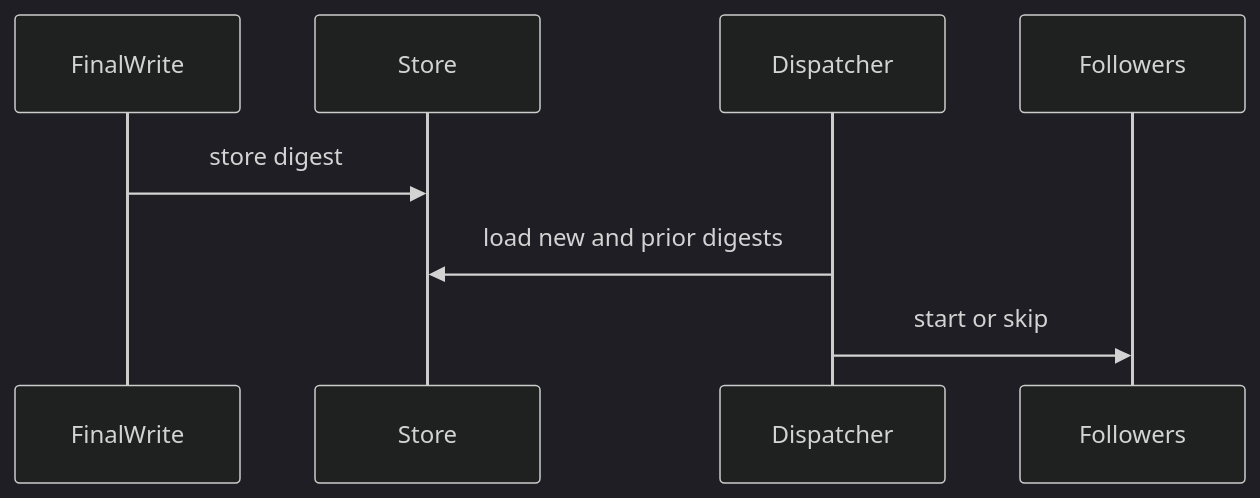
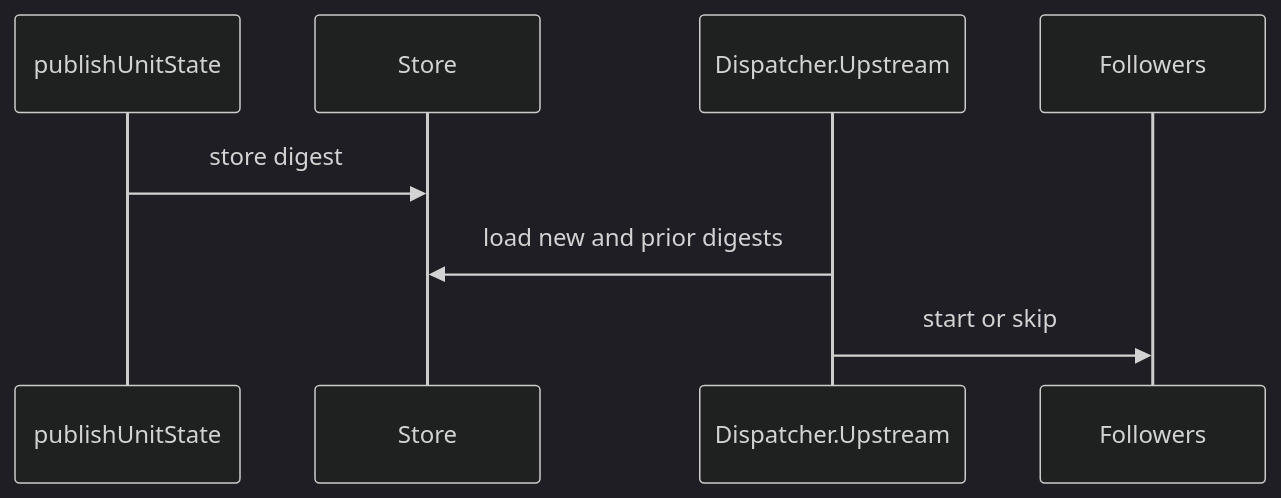
One commit to OpenDustpan/OpenDustpan changed the first of 3 diagrams in openspec/changes/write-state-version-unit-state-outputs-changed-filter/design.md. Above: the diagram before and after it, drawn with Mermaid (dark theme). The commit also changed other lines of this file and 14 other files, not shown here.

````diff
--- a/openspec/changes/write-state-version-unit-state-outputs-changed-filter/design.md
+++ b/openspec/changes/write-state-version-unit-state-outputs-changed-filter/design.md
@@ -41,10 +25,10 @@
 ```mermaid
 sequenceDiagram
-participant FinalWrite
+participant publishUnitState
 participant Store
-participant Dispatcher
+participant Dispatcher.Upstream
 participant Followers
-FinalWrite->>Store: store digest
-Dispatcher->>Store: load new and prior digests
-Dispatcher->>Followers: start or skip
+publishUnitState->>Store: store digest
+Dispatcher.Upstream->>Store: load new and prior digests
+Dispatcher.Upstream->>Followers: start or skip
 ```
````
